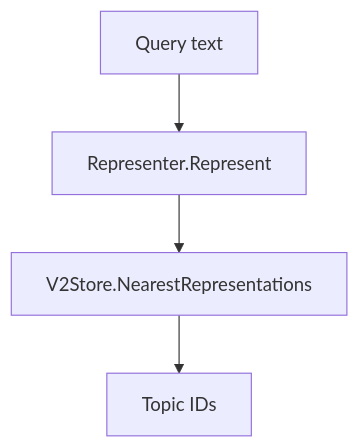
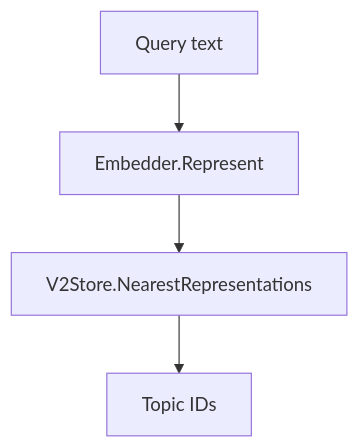
Before and after one commit to fernando143/patro: the third of 7 diagrams in docs/search-architecture.md, drawn with Mermaid. The commit also changed other lines of this file, not shown here.

Commit message:
docs(search): align diagrams with multi-vector maintenance

````diff
--- a/docs/search-architecture.md
+++ b/docs/search-architecture.md
@@ -74,6 +79,6 @@
 ```mermaid
 flowchart TD
-    Q[Query text] --> R[Representer.Represent]
+    Q[Query text] --> R[Embedder.Represent]
     R --> MV[V2Store.NearestRepresentations]
     MV --> T[Topic IDs]
 ```
````
